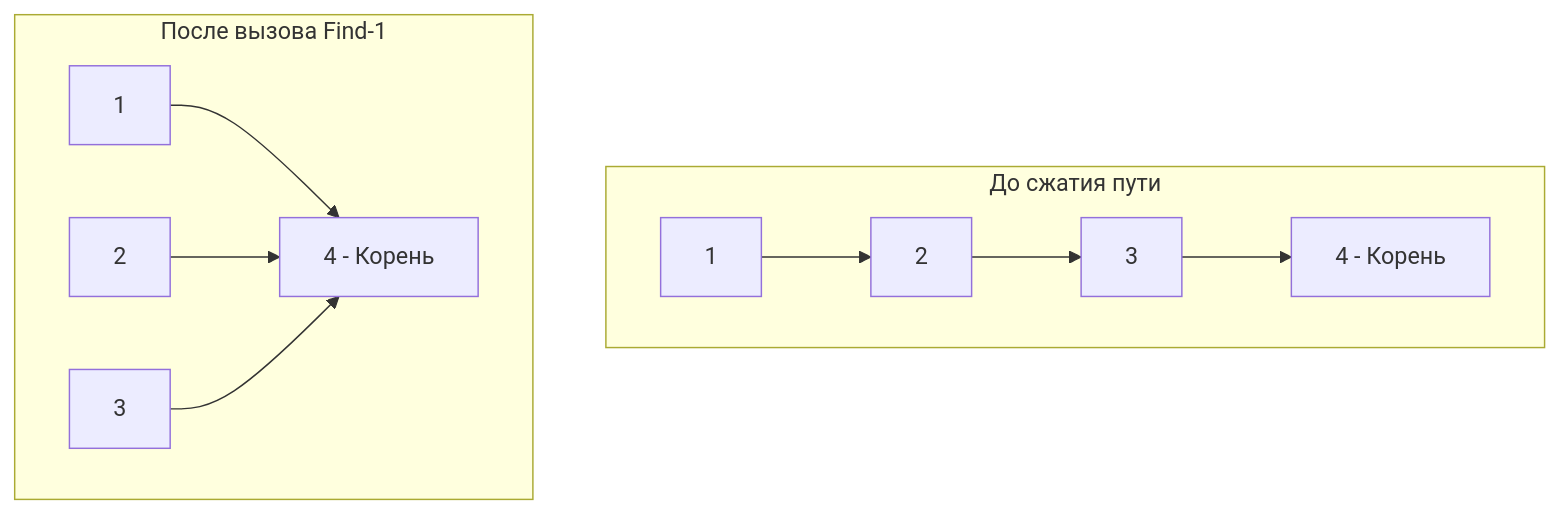
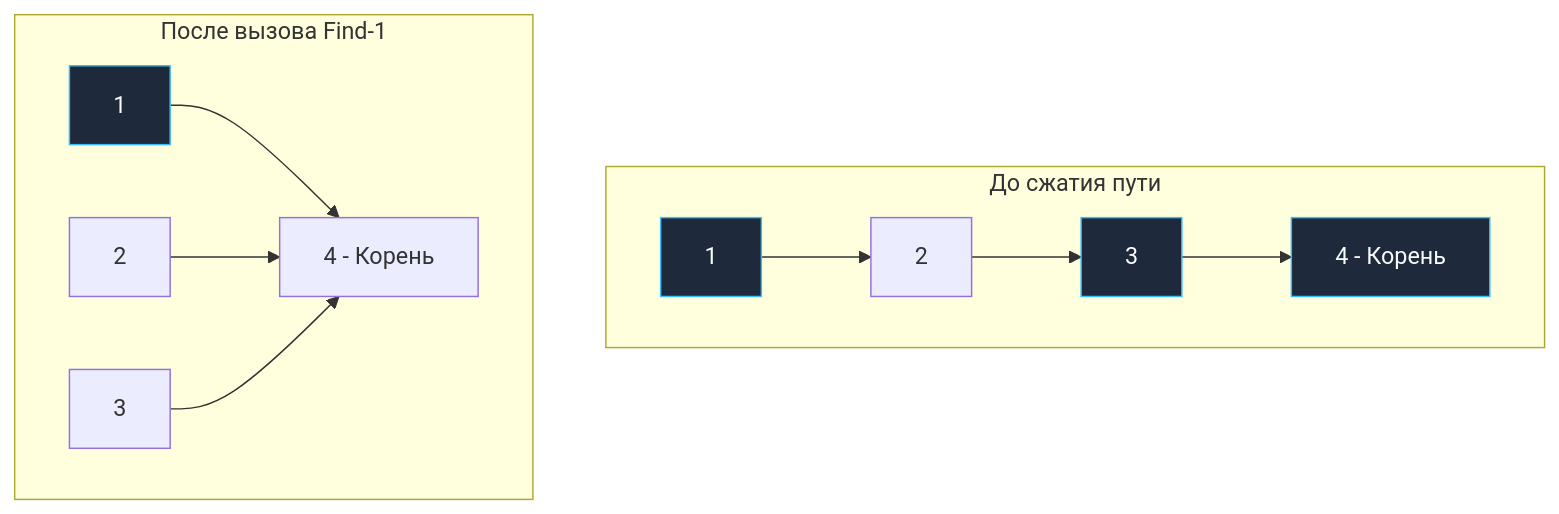
The diagram in sources/21. Задачи с LeetCode и собеседований на Go/02. Задачи/14. Графы/7. Redundant Connection.md (UnrealTemplier/go-textbook), drawn with Mermaid before and after one commit. The commit also changed 1666 other files, not shown here.

First line of the commit message:
feat(mermaid): add semantic color classDef to 1369 colorless flowchart/graph diagrams

````diff
--- a/sources/21. Задачи с LeetCode и собеседований на Go/02. Задачи/14. Графы/7. Redundant Connection.md
+++ b/sources/21. Задачи с LeetCode и собеседований на Go/02. Задачи/14. Графы/7. Redundant Connection.md
@@ -51,14 +51,24 @@
 ```mermaid
 graph TD
+    classDef process  fill:#1e293b,stroke:#38bdf8,stroke-width:1px,color:#f8fafc
+    classDef success  fill:#064e3b,stroke:#34d399,stroke-width:1px,color:#f8fafc
+    classDef error    fill:#7f1d1d,stroke:#f87171,stroke-width:1px,color:#f8fafc
+    classDef warning  fill:#78350f,stroke:#fbbf24,stroke-width:1px,color:#f8fafc
+    classDef entry    fill:#1e3a5f,stroke:#38bdf8,stroke-width:2px,color:#f8fafc
+    classDef aux      fill:#334155,stroke:#64748b,stroke-width:1px,color:#f8fafc
+    classDef system   fill:#312e81,stroke:#a78bfa,stroke-width:1px,color:#f8fafc
+    classDef data     fill:#132d29,stroke:#2dd4bf,stroke-width:1px,color:#f8fafc
+    classDef network  fill:#881337,stroke:#fb7185,stroke-width:1px,color:#f8fafc
+    classDef accent   fill:#1e1b4b,stroke:#818cf8,stroke-width:1px,color:#f8fafc
     subgraph "До сжатия пути"
-        A["1"]-->B["2"]
-        B-->C["3"]
-        C-->D["4 - Корень"]
+        A["1"]:::process-->B["2"]
+        B-->C["3"]:::process
+        C-->D["4 - Корень"]:::process
     end
     
     subgraph "После вызова Find-1"
-        A2["1"]-->D2["4 - Корень"]
+        A2["1"]:::process-->D2["4 - Корень"]
         B2["2"]-->D2
         C2["3"]-->D2
     end
 ```
````
